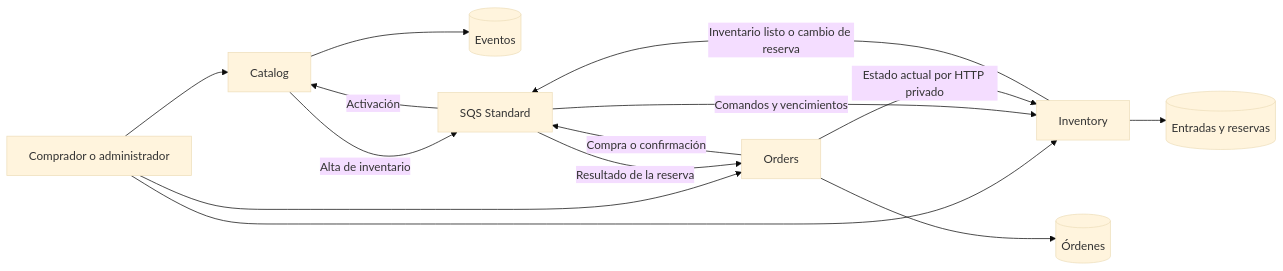
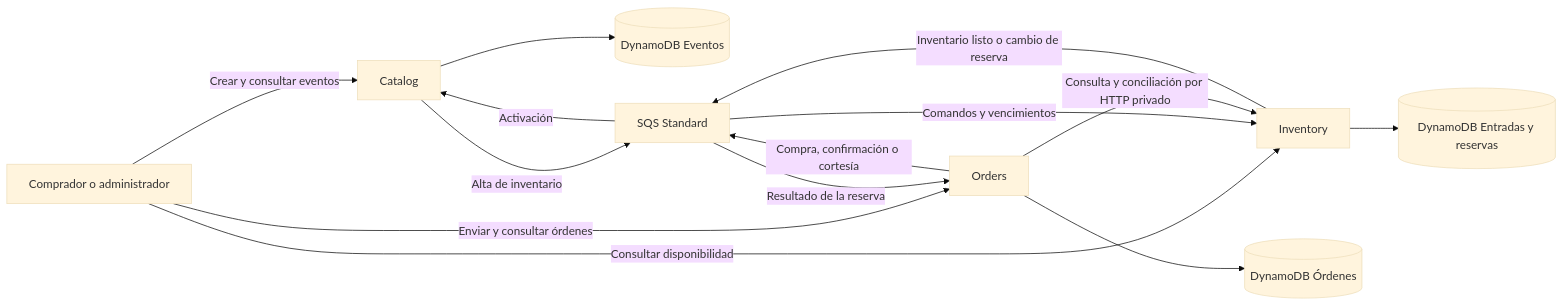
The first of 3 diagrams in docs/arquitectura.md (dorlanpabon/ticketing-platform), drawn with Mermaid (base theme) before and after one commit. The commit also changed other lines of this file and 2 other files, not shown here.

````diff
--- a/docs/arquitectura.md
+++ b/docs/arquitectura.md
@@ -7,16 +7,16 @@
 ```mermaid
 flowchart LR
-    U[Comprador o administrador] --> C[Catalog]
-    U --> O[Orders]
-    U --> I[Inventory]
-    C --> CD[(Eventos)]
-    O --> OD[(Órdenes)]
-    I --> ID[(Entradas y reservas)]
+    U[Comprador o administrador] -->|Crear y consultar eventos| C[Catalog]
+    U -->|Enviar y consultar órdenes| O[Orders]
+    U -->|Consultar disponibilidad| I[Inventory]
+    C --> CD[(DynamoDB Eventos)]
+    O --> OD[(DynamoDB Órdenes)]
+    I --> ID[(DynamoDB Entradas y reservas)]
     C -->|Alta de inventario| Q[SQS Standard]
-    O -->|Compra o confirmación| Q
+    O -->|Compra, confirmación o cortesía| Q
     Q -->|Comandos y vencimientos| I
     I -->|Inventario listo o cambio de reserva| Q
     Q -->|Activación| C
     Q -->|Resultado de la reserva| O
-    O -->|Estado actual por HTTP privado| I
+    O -->|Consulta y conciliación por HTTP privado| I
 ```
````
